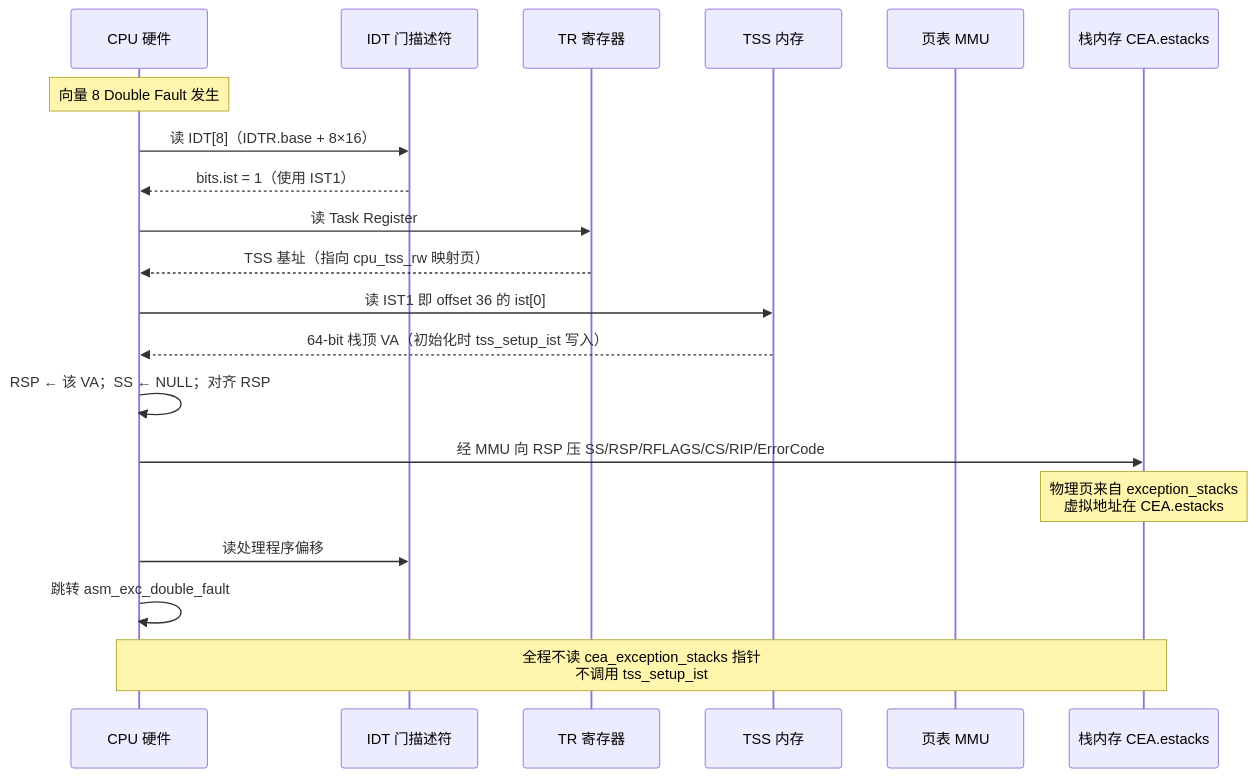
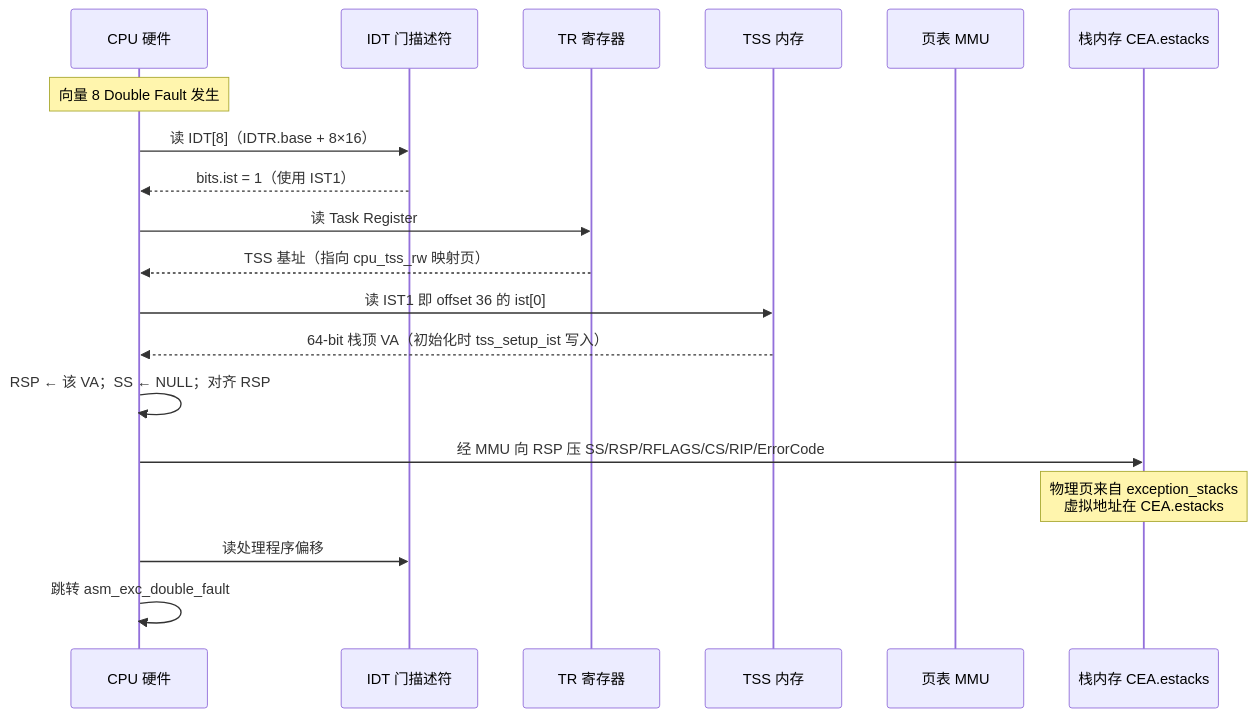
One commit to liweinan/bootimage-example changed the fourth of 5 diagrams in X86_64_TSS_AND_IST.md. Above: the diagram before and after it, drawn with Mermaid. The commit also changed other lines of this file, not shown here.

````diff
--- a/X86_64_TSS_AND_IST.md
+++ b/X86_64_TSS_AND_IST.md
@@ -565,30 +557,28 @@
 ```mermaid
 sequenceDiagram
     participant CPU as CPU 硬件
     participant IDT as IDT 门描述符
     participant TR as TR 寄存器
     participant TSS as TSS 内存
     participant MMU as 页表 MMU
     participant STK as 栈内存 CEA.estacks
 
     Note over CPU: 向量 8 Double Fault 发生
 
     CPU->>IDT: 读 IDT[8]（IDTR.base + 8×16）
     IDT-->>CPU: bits.ist = 1（使用 IST1）
 
     CPU->>TR: 读 Task Register
     TR-->>CPU: TSS 基址（指向 cpu_tss_rw 映射页）
 
     CPU->>TSS: 读 IST1 即 offset 36 的 ist[0]
     TSS-->>CPU: 64-bit 栈顶 VA（初始化时 tss_setup_ist 写入）
 
     CPU->>CPU: RSP ← 该 VA；SS ← NULL；对齐 RSP
 
     CPU->>STK: 经 MMU 向 RSP 压 SS/RSP/RFLAGS/CS/RIP/ErrorCode
     Note over STK: 物理页来自 exception_stacks<br/>虚拟地址在 CEA.estacks
 
     CPU->>IDT: 读处理程序偏移
     CPU->>CPU: 跳转 asm_exc_double_fault
-
-    Note over CPU,STK: 全程不读 cea_exception_stacks 指针<br/>不调用 tss_setup_ist
 ```
````
